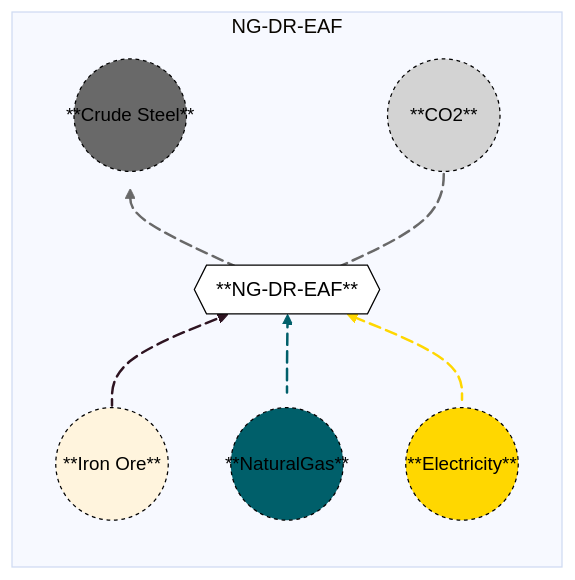
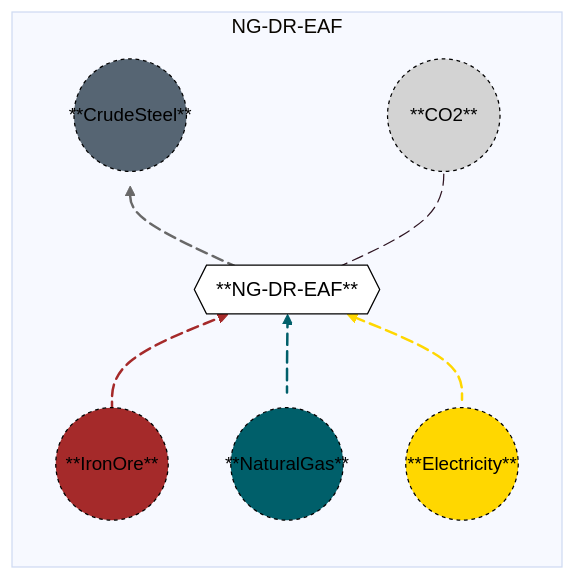
The diagram in docs/src/Manual/assets/integrateddirectreductionelectricarcfurnace.md (acheng1757/MacroEnergy-Abbie.jl), drawn with Mermaid before and after one commit. The commit also changed other lines of this file, not shown here.

Commit message:
Update title and content for DR-EAF documentation

````diff
--- a/docs/src/Manual/assets/integrateddirectreductionelectricarcfurnace.md
+++ b/docs/src/Manual/assets/integrateddirectreductionelectricarcfurnace.md
@@ -27,30 +27,31 @@
 ```mermaid
 %%{init: {'theme': 'base', 'themeVariables': { 'background': '#D1EBDE' }}}%%
 flowchart BT
   subgraph NG-DR-EAF
   direction BT
-    A1(("**Iron Ore**")) e1@-->B{{"**NG-DR-EAF**"}}
+    A1(("**IronOre**")) e1@-->B{{"**NG-DR-EAF**"}}
     A2(("**NaturalGas**")) e2@-->B{{"**NG-DR-EAF**"}}
     A3(("**Electricity**")) e3@-->B{{"**NG-DR-EAF**"}}
-    B{{"**NG-DR-EAF**"}} e4@-->C1(("**Crude Steel**"))
+    B{{"**NG-DR-EAF**"}} e4@-->C1(("**CrudeSteel**"))
     B{{"**NG-DR-EAF**"}} e5@-->C2(("**CO2**"))
 
     e1@{ animate: true }
     e2@{ animate: true }
     e3@{ animate: true }
     e4@{ animate: true }
     e5@{ animate: true }
  end
-    style A1 font-size:15px,r:45px,fill:#FFD700D,stroke:black,color:black,stroke-dasharray: 3,5;
+    style A1 font-size:15px,r:45px,fill:#A52A2A,stroke:black,color:black,stroke-dasharray: 3,5;
     style A2 font-size:15px,r:45px,fill:#005F6A,stroke:black,color:black,stroke-dasharray: 3,5;
     style A3 font-size:15px,r:45px,fill:#FFD700,stroke:black,color:black,stroke-dasharray: 3,5;
     style B fill:white,stroke:black,color:black;
-    style C1 font-size:15px,r:45px,fill:#696969,stroke:black,color:black,stroke-dasharray: 3,5;
+    style C1 font-size:15px,r:45px,fill:#566573,stroke:black,color:black,stroke-dasharray: 3,5;
     style C2 font-size:15px,r:45px,fill:lightgray,stroke:black,color:black,stroke-dasharray: 3,5;
 
-    linkStyle 0,1 stroke:#FFD700D, stroke-width: 2px;
-    linkStyle 1,2 stroke:#005F6A, stroke-width: 2px;
-    linkStyle 2,3 stroke:#FFD700, stroke-width:2px;
-    linkStyle 3,4 stroke:#696969, color:lightgray, stroke-width: 2px;
+    linkStyle 0 stroke:#A52A2A, stroke-width: 2px;
+    linkStyle 1 stroke:#005F6A, stroke-width: 2px;
+    linkStyle 2 stroke:#FFD700, stroke-width:2px;
+    linkStyle 3 stroke:#566573, stroke-width: 2px;
+    linkStyle 3 stroke:#696969, color:lightgray, stroke-width: 2px;
 
 ```
````
